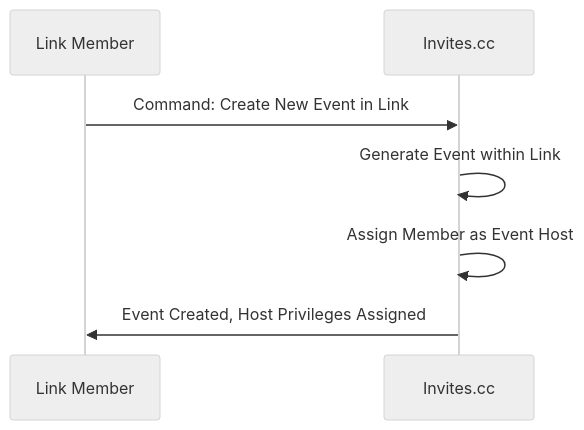
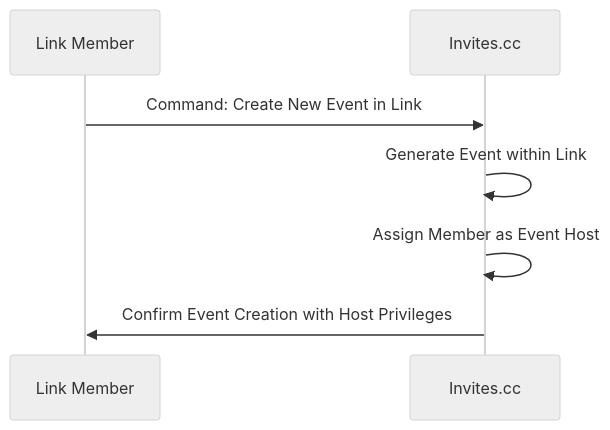
The seventh of 13 diagrams in docs/design-doc.md (ichilabs/invites.cc), drawn with Mermaid (neutral theme) before and after one commit. The commit also changed other lines of this file, not shown here.

````diff
--- a/docs/design-doc.md
+++ b/docs/design-doc.md
@@ -111,10 +259,10 @@
 ```mermaid
 sequenceDiagram
     participant Member as Link Member
     participant Invites as Invites.cc
     
     Member ->> Invites: Command: Create New Event in Link
     Invites ->> Invites: Generate Event within Link
     Invites ->> Invites: Assign Member as Event Host
-    Invites ->> Member: Event Created, Host Privileges Assigned
+    Invites ->> Member: Confirm Event Creation with Host Privileges
 ```
````
